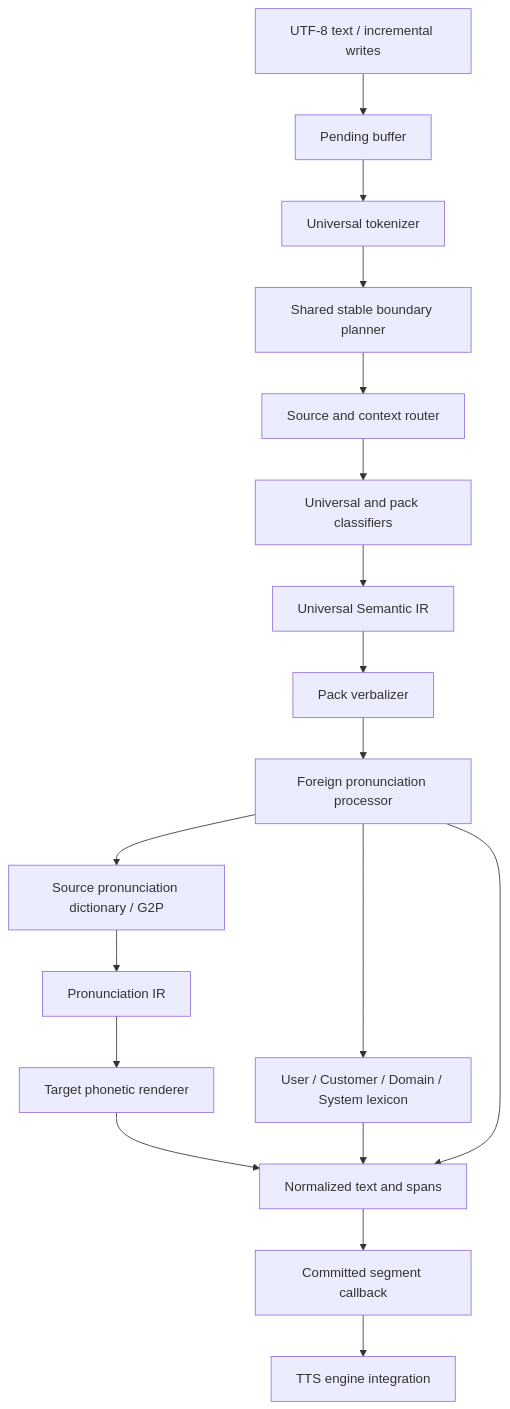
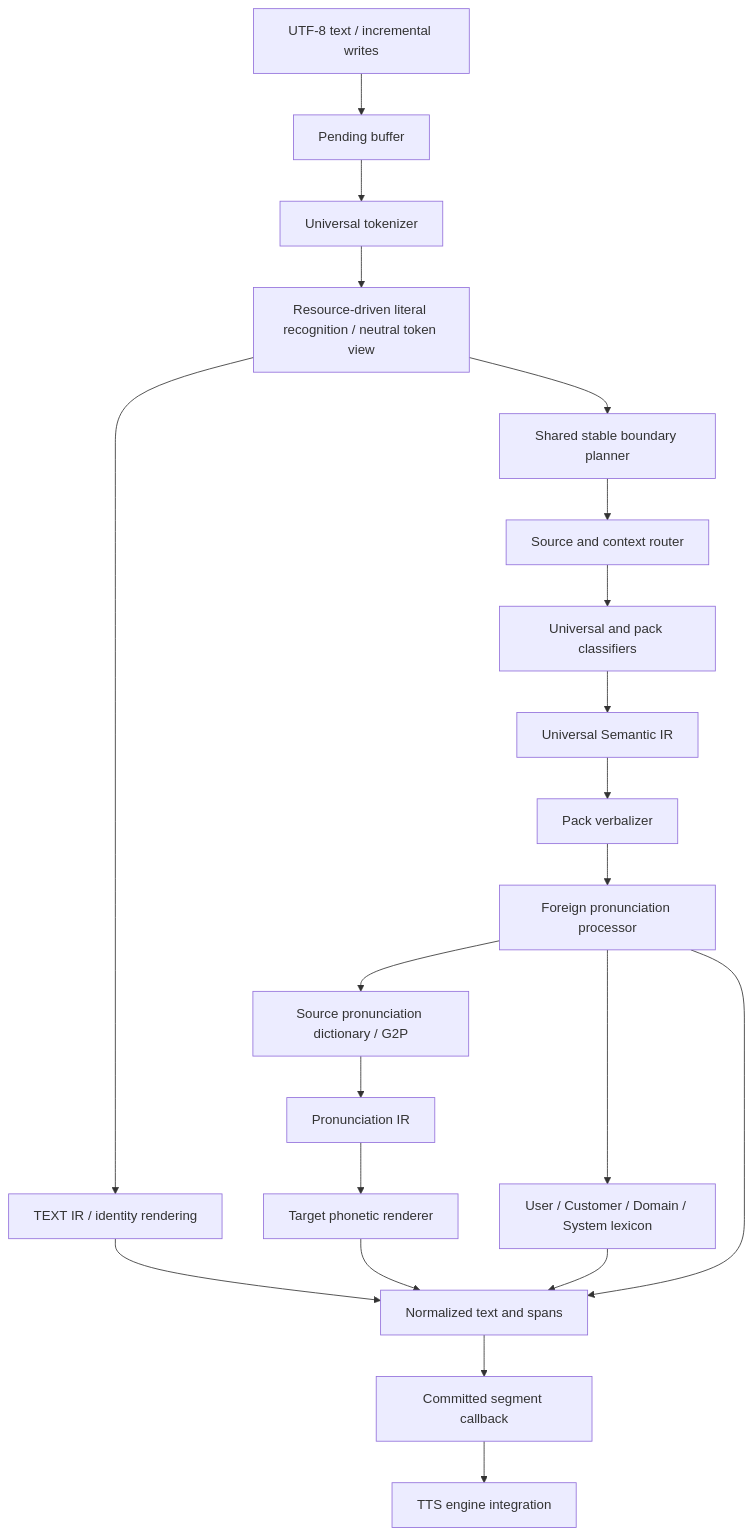
The diagram in docs/architecture.md (hunydev/tts-text-frontend), drawn with Mermaid before and after one commit. The commit also changed other lines of this file and 34 other files, not shown here.

````diff
--- a/docs/architecture.md
+++ b/docs/architecture.md
@@ -8,20 +8,23 @@
 ```mermaid
 flowchart TD
     Input[UTF-8 text / incremental writes] --> Pending[Pending buffer]
     Pending --> Tokens[Universal tokenizer]
-    Tokens --> Planner[Shared stable boundary planner]
+    Tokens --> Literal[Resource-driven literal recognition / neutral token view]
+    Literal --> Planner[Shared stable boundary planner]
+    Literal --> Preserved[TEXT IR / identity rendering]
+    Preserved --> Spans
     Planner --> Router[Source and context router]
     Router --> Classifier[Universal and pack classifiers]
     Classifier --> IR[Universal Semantic IR]
     IR --> Verbalizer[Pack verbalizer]
     Verbalizer --> Foreign[Foreign pronunciation processor]
     Foreign --> Lexicon[User / Customer / Domain / System lexicon]
     Foreign --> Source[Source pronunciation dictionary / G2P]
     Source --> Phones[Pronunciation IR]
     Phones --> Target[Target phonetic renderer]
     Target --> Spans[Normalized text and spans]
     Lexicon --> Spans
     Foreign --> Spans
     Spans --> Callback[Committed segment callback]
     Callback --> TTS[TTS engine integration]
 ```
````
